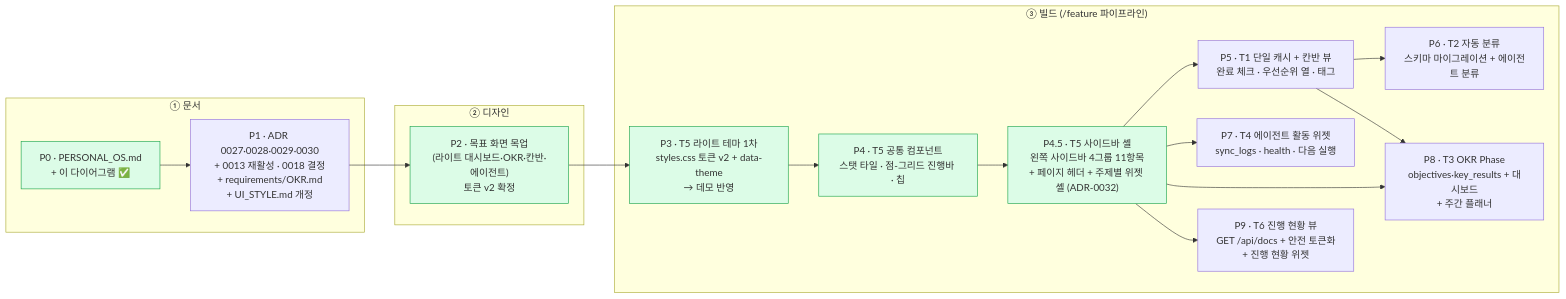
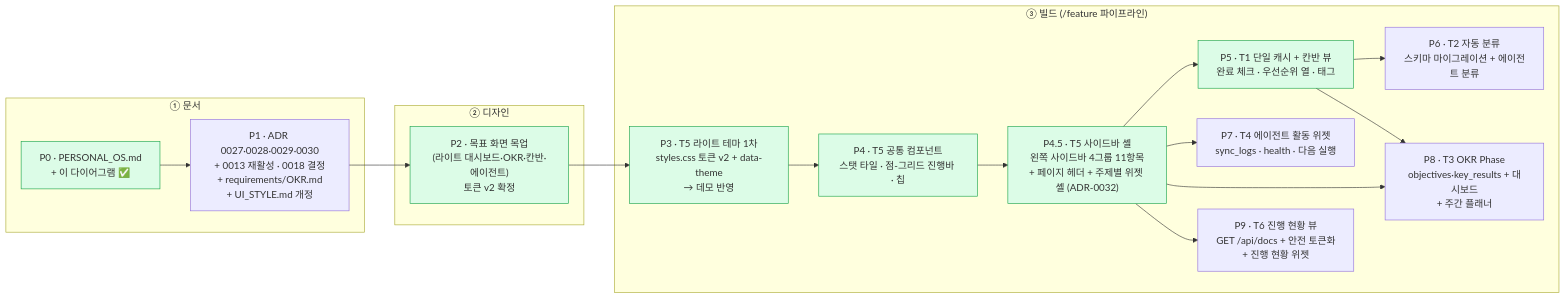
One commit to gamercross/my-setup-proj changed the diagram in docs/progress/PROGRESS.md. Above: the diagram before and after it, drawn with Mermaid. The commit also changed other lines of this file and 22 other files, not shown here.

````diff
--- a/docs/progress/PROGRESS.md
+++ b/docs/progress/PROGRESS.md
@@ -304,33 +304,34 @@
 ```mermaid
 flowchart LR
   subgraph DOC["① 문서"]
     P0["P0 · PERSONAL_OS.md<br/>+ 이 다이어그램 ✅"]
     P1["P1 · ADR 0027·0028·0029·0030<br/>+ 0013 재활성 · 0018 결정<br/>+ requirements/OKR.md<br/>+ UI_STYLE.md 개정"]
   end
   subgraph DES["② 디자인"]
     P2["P2 · 목표 화면 목업<br/>(라이트 대시보드·OKR·칸반·에이전트)<br/>토큰 v2 확정"]
   end
   subgraph BUILD["③ 빌드 (/feature 파이프라인)"]
     P3["P3 · T5 라이트 테마 1차<br/>styles.css 토큰 v2 + data-theme<br/>→ 데모 반영"]
     P4["P4 · T5 공통 컴포넌트<br/>스탯 타일 · 점-그리드 진행바 · 칩"]
     P45["P4.5 · T5 사이드바 셸<br/>왼쪽 사이드바 4그룹 11항목<br/>+ 페이지 헤더 + 주제별 위젯 셸 (ADR-0032)"]
     P5["P5 · T1 단일 캐시 + 칸반 뷰<br/>완료 체크 · 우선순위 열 · 태그"]
     P6["P6 · T2 자동 분류<br/>스키마 마이그레이션 + 에이전트 분류"]
     P7["P7 · T4 에이전트 활동 위젯<br/>sync_logs · health · 다음 실행"]
     P8["P8 · T3 OKR Phase<br/>objectives·key_results + 대시보드<br/>+ 주간 플래너"]
     P9["P9 · T6 진행 현황 뷰<br/>GET /api/docs + 안전 토큰화<br/>+ 진행 현황 위젯"]
   end
 
   P0 --> P1 --> P2 --> P3 --> P4 --> P45
   P45 --> P5 --> P6
   P45 --> P7
   P45 --> P8
   P45 --> P9
   P5 --> P8
 
   style P0 fill:#dcfce7,stroke:#16a34a
   style P2 fill:#dcfce7,stroke:#16a34a
   style P3 fill:#dcfce7,stroke:#16a34a
   style P4 fill:#dcfce7,stroke:#16a34a
   style P45 fill:#dcfce7,stroke:#16a34a
+  style P5 fill:#dcfce7,stroke:#16a34a
 ```
````
